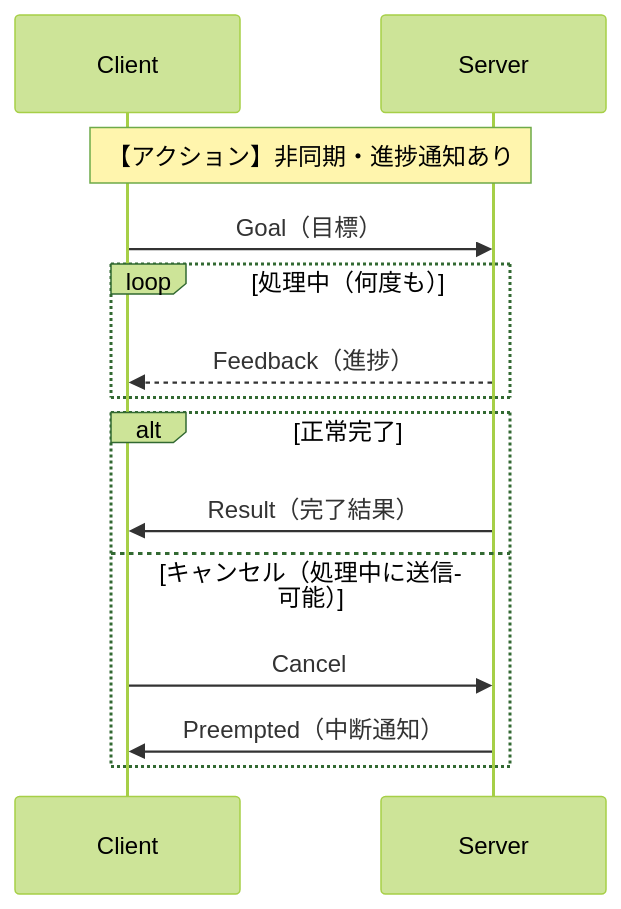
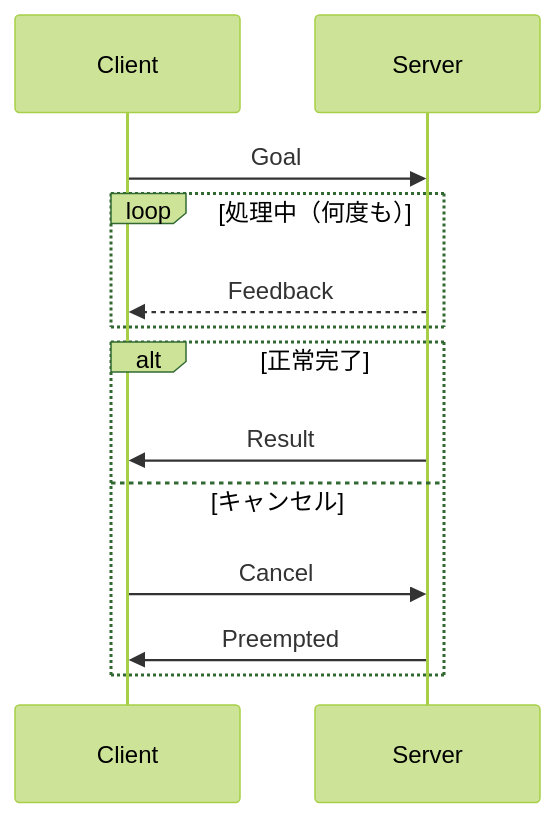
The fourth of 4 diagrams in docs/06_actionlib.md (Harlequinade1123/ros1-tutorials), drawn with Mermaid (forest theme) before and after one commit. The commit also changed other lines of this file and 1 other file, not shown here.

Commit message:
docs: add comparison diagrams and move sequenceDiagrams into details blocks in ch.5-6

````diff
--- a/docs/06_actionlib.md
+++ b/docs/06_actionlib.md
@@ -26,16 +59,15 @@
 ```mermaid
 sequenceDiagram
     participant C as Client
     participant S as Server
-    Note over C,S: 【アクション】非同期・進捗通知あり
-    C->>S: Goal（目標）
+    C->>S: Goal
     loop 処理中（何度も）
-        S-->>C: Feedback（進捗）
+        S-->>C: Feedback
     end
     alt 正常完了
-        S->>C: Result（完了結果）
-    else キャンセル（処理中に送信可能）
+        S->>C: Result
+    else キャンセル
         C->>S: Cancel
-        S->>C: Preempted（中断通知）
+        S->>C: Preempted
     end
 ```
````
